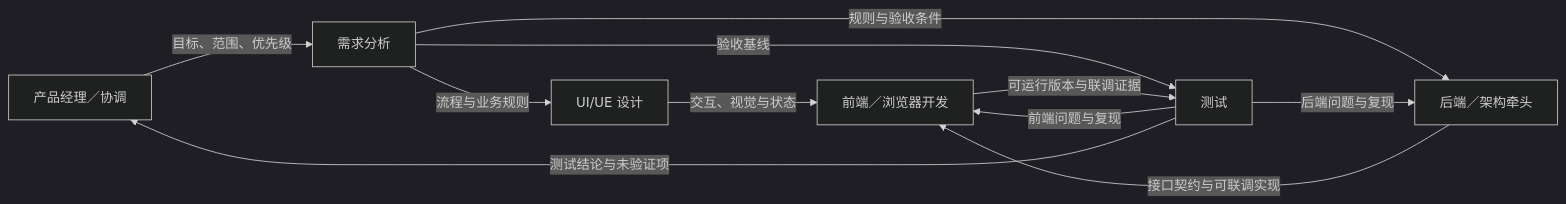
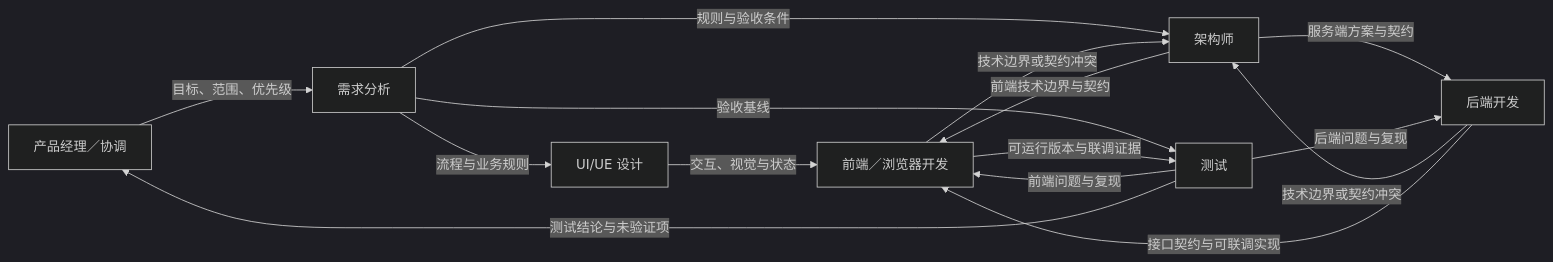
Before and after one commit to shenmuegit/mixcat: the diagram in docs/design/2026-10-22-web-product-team-workflow.md, drawn with Mermaid (dark theme). The commit also changed other lines of this file and 8 other files, not shown here.

First line of the commit message:
feat: separate architect and backend workflow roles

````diff
--- a/docs/design/2026-10-22-web-product-team-workflow.md
+++ b/docs/design/2026-10-22-web-product-team-workflow.md
@@ -52,13 +55,17 @@
 ```mermaid
 flowchart LR
     PM["产品经理／协调"] -->|目标、范围、优先级| BA["需求分析"]
     BA -->|流程与业务规则| UX["UI/UE 设计"]
-    BA -->|规则与验收条件| BE["后端／架构牵头"]
+    BA -->|规则与验收条件| AR["架构师"]
+    AR -->|服务端方案与契约| BE["后端开发"]
+    AR -->|前端技术边界与契约| FE["前端／浏览器开发"]
+    BE -->|技术边界或契约冲突| AR
+    FE -->|技术边界或契约冲突| AR
     BA -->|验收基线| QA["测试"]
     UX -->|交互、视觉与状态| FE["前端／浏览器开发"]
     BE -->|接口契约与可联调实现| FE
     FE -->|可运行版本与联调证据| QA
     QA -->|前端问题与复现| FE
     QA -->|后端问题与复现| BE
     QA -->|测试结论与未验证项| PM
 ```
````
